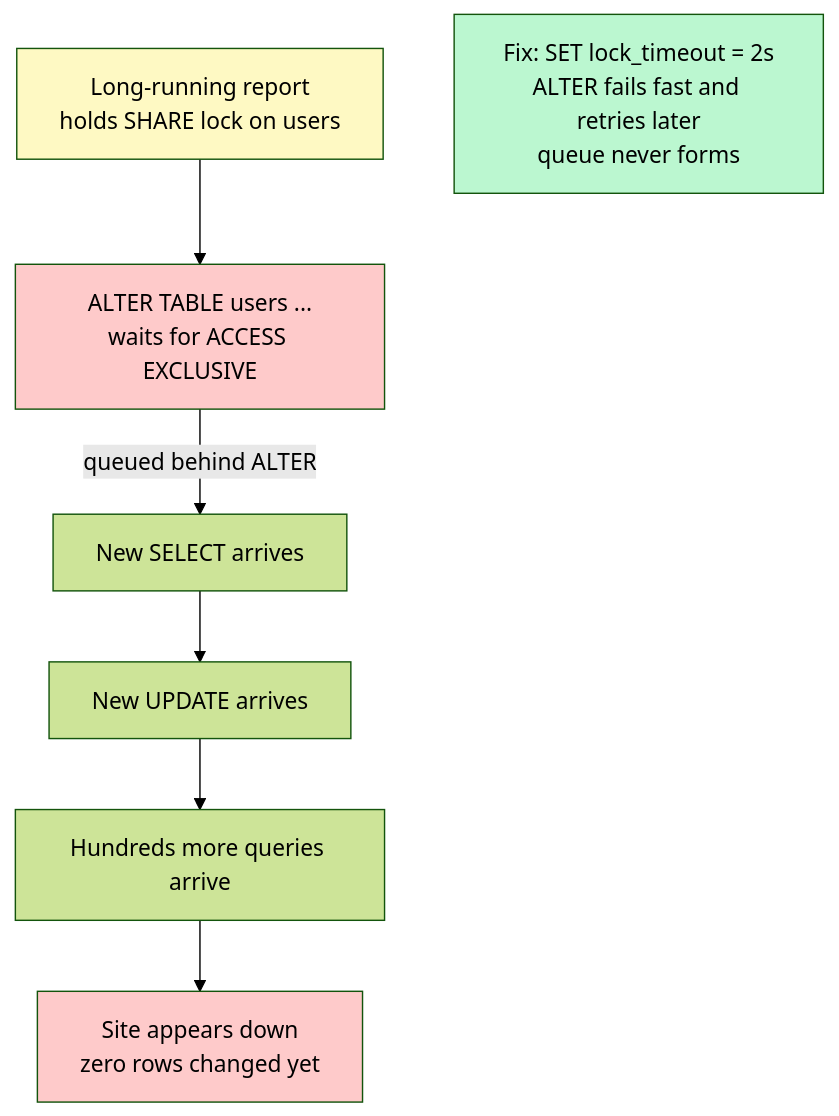
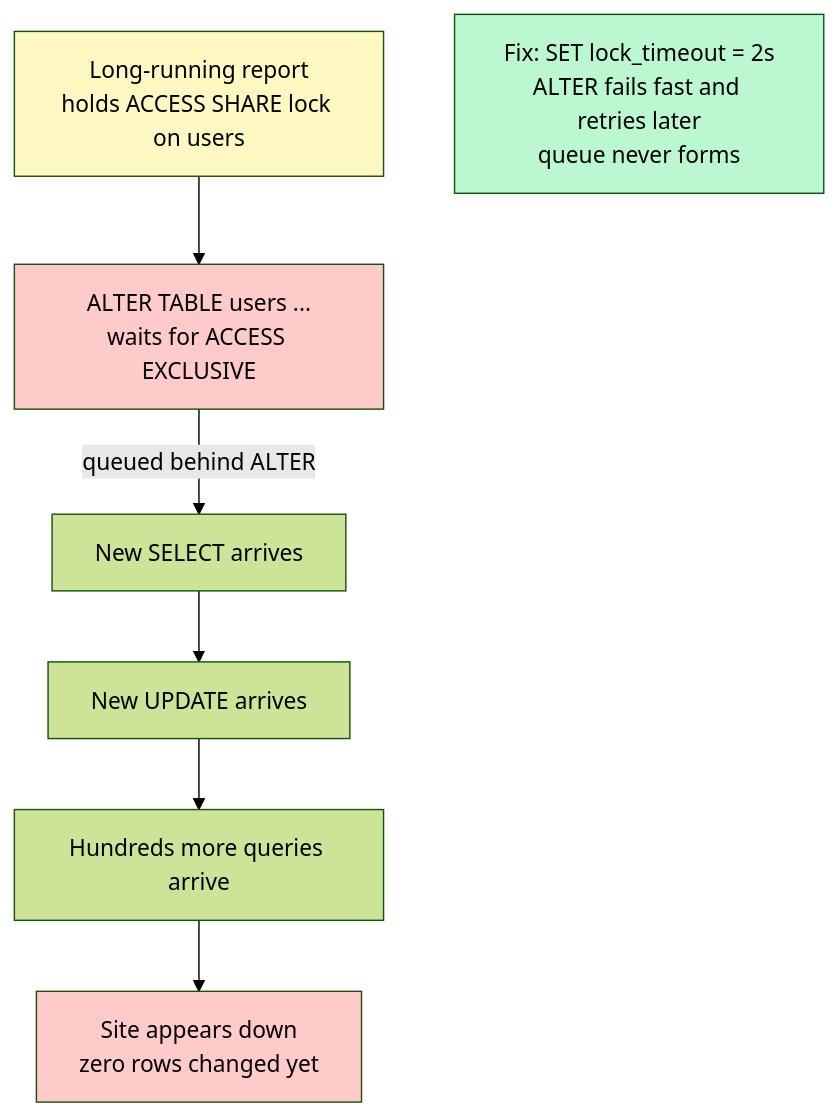
The third of 3 diagrams in Level-02-Data-Layer/11-Schema-Migrations/README.md (Ankan1998/learn-system-design), drawn with Mermaid (forest theme) before and after one commit. The commit also changed other lines of this file and 139 other files, not shown here.

````diff
--- a/Level-02-Data-Layer/11-Schema-Migrations/README.md
+++ b/Level-02-Data-Layer/11-Schema-Migrations/README.md
@@ -166,20 +166,20 @@
 ```mermaid
 flowchart TD
-    Q1["Long-running report<br/>holds SHARE lock on users"]
+    Q1["Long-running report<br/>holds ACCESS SHARE lock on users"]
     ALT["ALTER TABLE users ...<br/>waits for ACCESS EXCLUSIVE"]
     Q2["New SELECT arrives"]
     Q3["New UPDATE arrives"]
     Q4["Hundreds more queries arrive"]
     OUT["Site appears down<br/>zero rows changed yet"]
 
     Q1 --> ALT
     ALT -->|"queued behind ALTER"| Q2
     Q2 --> Q3 --> Q4 --> OUT
 
     FIX["Fix: SET lock_timeout = 2s<br/>ALTER fails fast and retries later<br/>queue never forms"]
 
     style Q1 fill:#fef9c3,color:#000
     style ALT fill:#fecaca,color:#000
     style OUT fill:#fecaca,color:#000
     style FIX fill:#bbf7d0,color:#000
 ```
````
